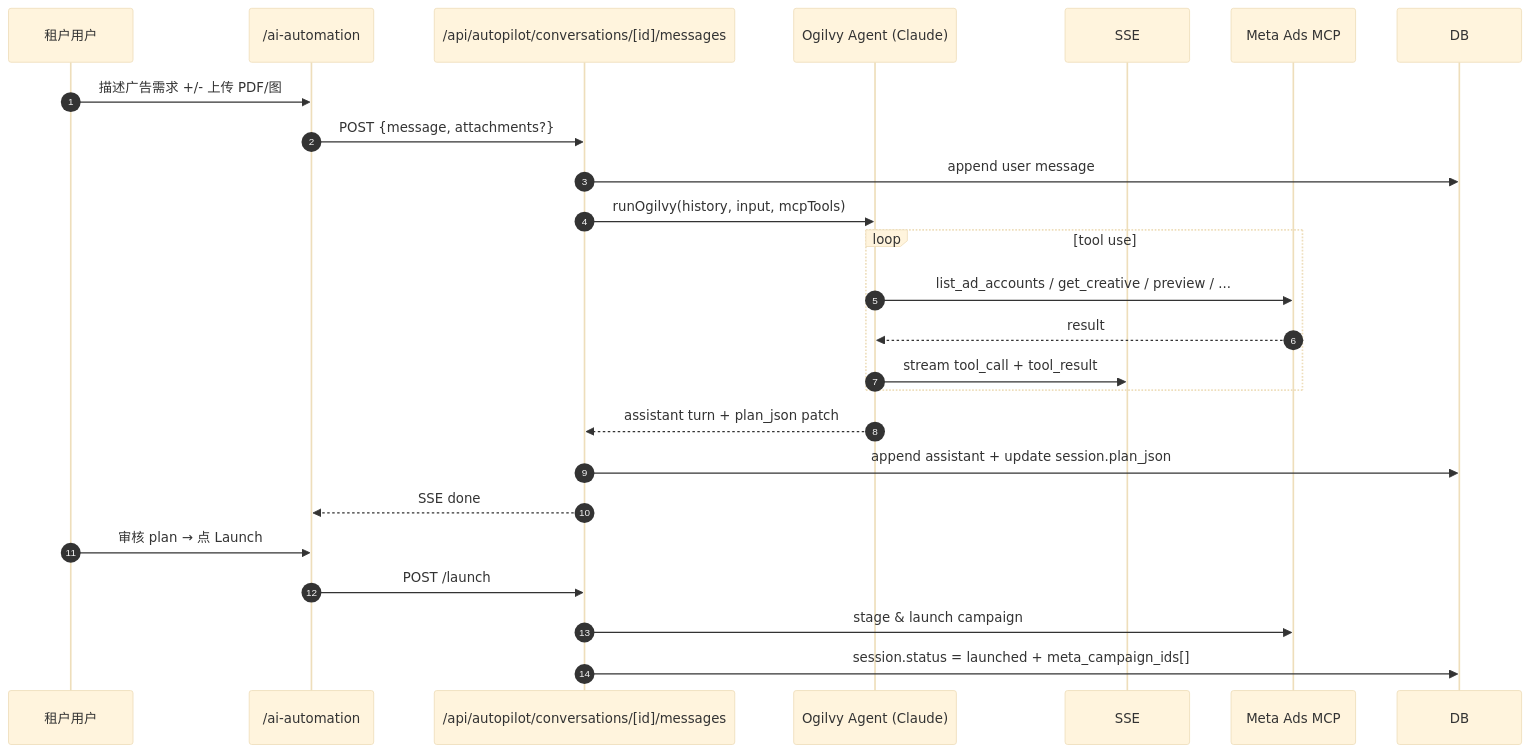
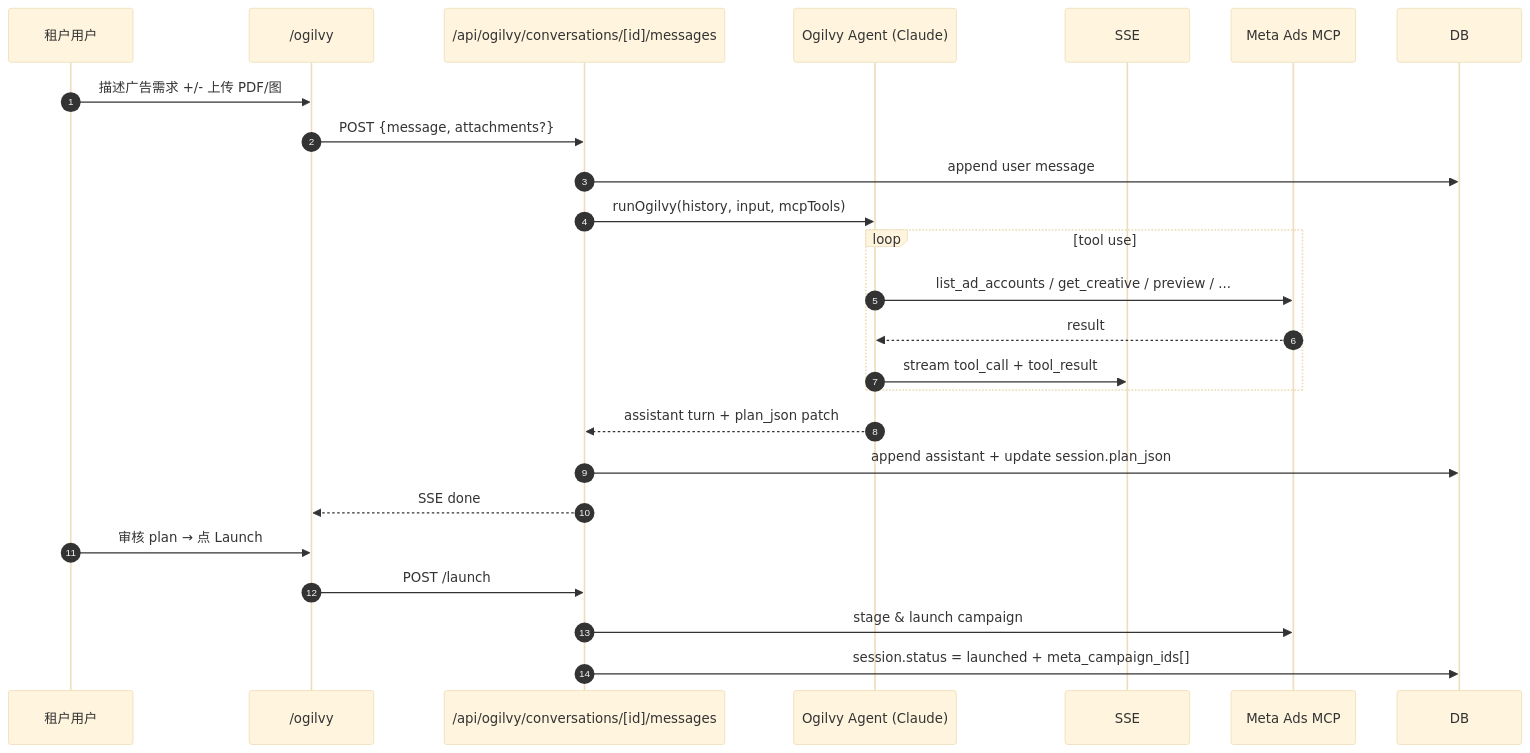
One commit to Sciiaok/xuqiu-bot changed the eighth of 8 diagrams in README.md. Above: the diagram before and after it, drawn with Mermaid (base theme). The commit also changed other lines of this file and 32 other files, not shown here.

First line of the commit message:
refactor: medici-simulator 入 product-lines tab + autopilot → ogilvy 全面改名 (#52)

````diff
--- a/README.md
+++ b/README.md
@@ -566,29 +568,29 @@
 ```mermaid
 sequenceDiagram
   autonumber
   participant U as 租户用户
-  participant UI as /ai-automation
-  participant API as /api/autopilot/conversations/[id]/messages
+  participant UI as /ogilvy
+  participant API as /api/ogilvy/conversations/[id]/messages
   participant O as Ogilvy Agent (Claude)
   participant SSE
   participant Meta as Meta Ads MCP
   participant DB
 
   U->>UI: 描述广告需求 +/- 上传 PDF/图
   UI->>API: POST {message, attachments?}
   API->>DB: append user message
   API->>O: runOgilvy(history, input, mcpTools)
   loop tool use
     O->>Meta: list_ad_accounts / get_creative / preview / ...
     Meta-->>O: result
     O->>SSE: stream tool_call + tool_result
   end
   O-->>API: assistant turn + plan_json patch
   API->>DB: append assistant + update session.plan_json
   API-->>UI: SSE done
 
   U->>UI: 审核 plan → 点 Launch
   UI->>API: POST /launch
   API->>Meta: stage & launch campaign
   API->>DB: session.status = launched + meta_campaign_ids[]
 ```
````
